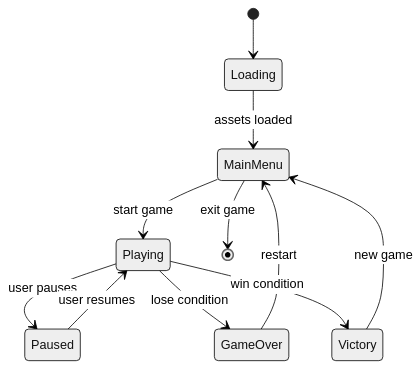
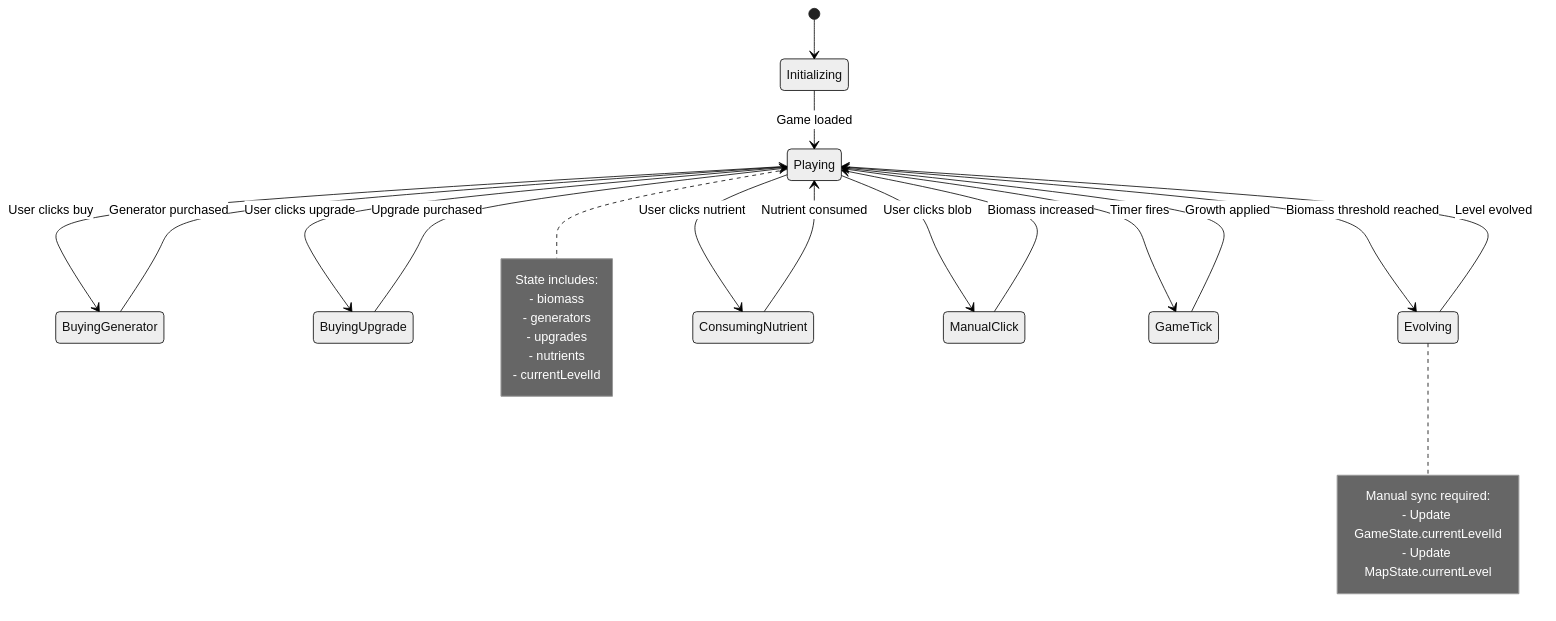
Before and after one commit to andreicstoica/blob-game: the third of 9 diagrams in docs/architecture-diagrams.md, drawn with Mermaid (neutral theme). The commit also changed other lines of this file and 75 other files, not shown here.

````diff
--- a/docs/architecture-diagrams.md
+++ b/docs/architecture-diagrams.md
@@ -490,13 +141,38 @@
 ```mermaid
 stateDiagram-v2
-    [*] --> Loading
-    Loading --> MainMenu : assets loaded
-    MainMenu --> Playing : start game
-    Playing --> Paused : user pauses
-    Paused --> Playing : user resumes
-    Playing --> GameOver : lose condition
-    Playing --> Victory : win condition
-    GameOver --> MainMenu : restart
-    Victory --> MainMenu : new game
-    MainMenu --> [*] : exit game
+    [*] --> Initializing
+    Initializing --> Playing : Game loaded
+
+    Playing --> BuyingGenerator : User clicks buy
+    BuyingGenerator --> Playing : Generator purchased
+
+    Playing --> BuyingUpgrade : User clicks upgrade
+    BuyingUpgrade --> Playing : Upgrade purchased
+
+    Playing --> Evolving : Biomass threshold reached
+    Evolving --> Playing : Level evolved
+
+    Playing --> ConsumingNutrient : User clicks nutrient
+    ConsumingNutrient --> Playing : Nutrient consumed
+
+    Playing --> ManualClick : User clicks blob
+    ManualClick --> Playing : Biomass increased
+
+    Playing --> GameTick : Timer fires
+    GameTick --> Playing : Growth applied
+
+    note right of Playing
+        State includes:
+        - biomass
+        - generators
+        - upgrades
+        - nutrients
+        - currentLevelId
+    end note
+
+    note right of Evolving
+        Manual sync required:
+        - Update GameState.currentLevelId
+        - Update MapState.currentLevel
+    end note
 ```
````
